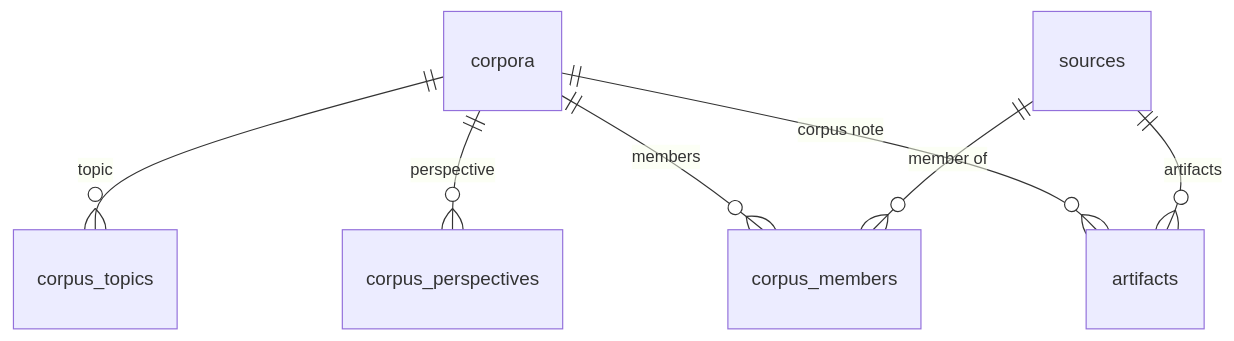
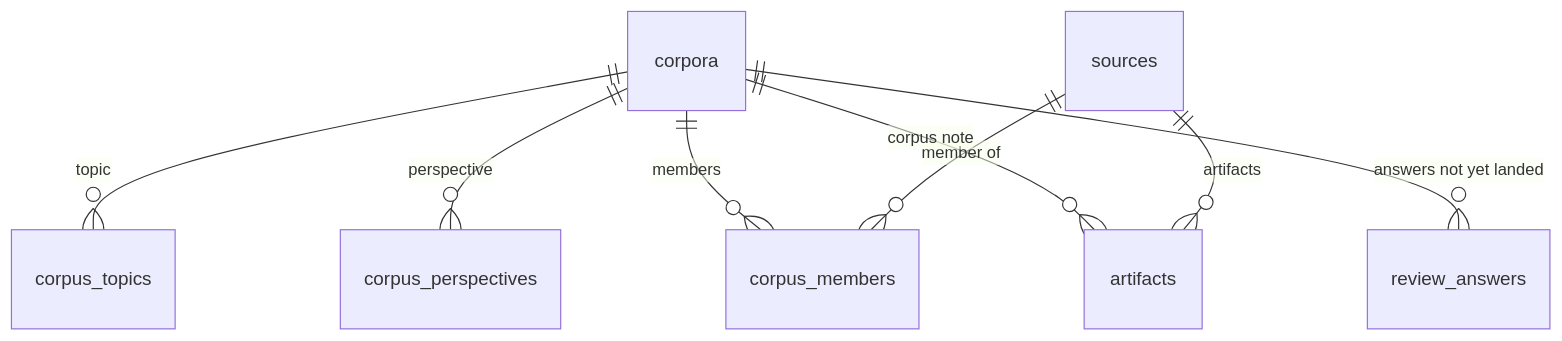
The second of 2 diagrams in docs/design/storage-schema.md (nagarkar/corpuslm), drawn with Mermaid before and after one commit. The commit also changed other lines of this file and 6 other files, not shown here.

Commit message:
Schema 5: review_answers holds the review page's answers not yet landed (v4 to v5, additive, backup first)

````diff
--- a/docs/design/storage-schema.md
+++ b/docs/design/storage-schema.md
@@ -39,9 +39,10 @@
 ```mermaid
 erDiagram
   corpora ||--o{ corpus_topics : "topic"
   corpora ||--o{ corpus_perspectives : "perspective"
   corpora ||--o{ corpus_members : "members"
   sources ||--o{ corpus_members : "member of"
   corpora ||--o{ artifacts : "corpus note"
+  corpora ||--o{ review_answers : "answers not yet landed"
   sources ||--o{ artifacts : "artifacts"
 ```
````
